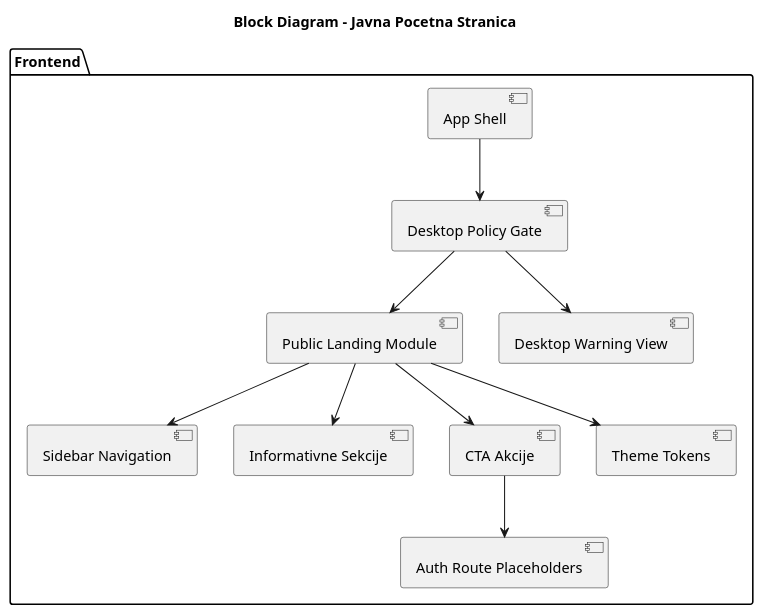
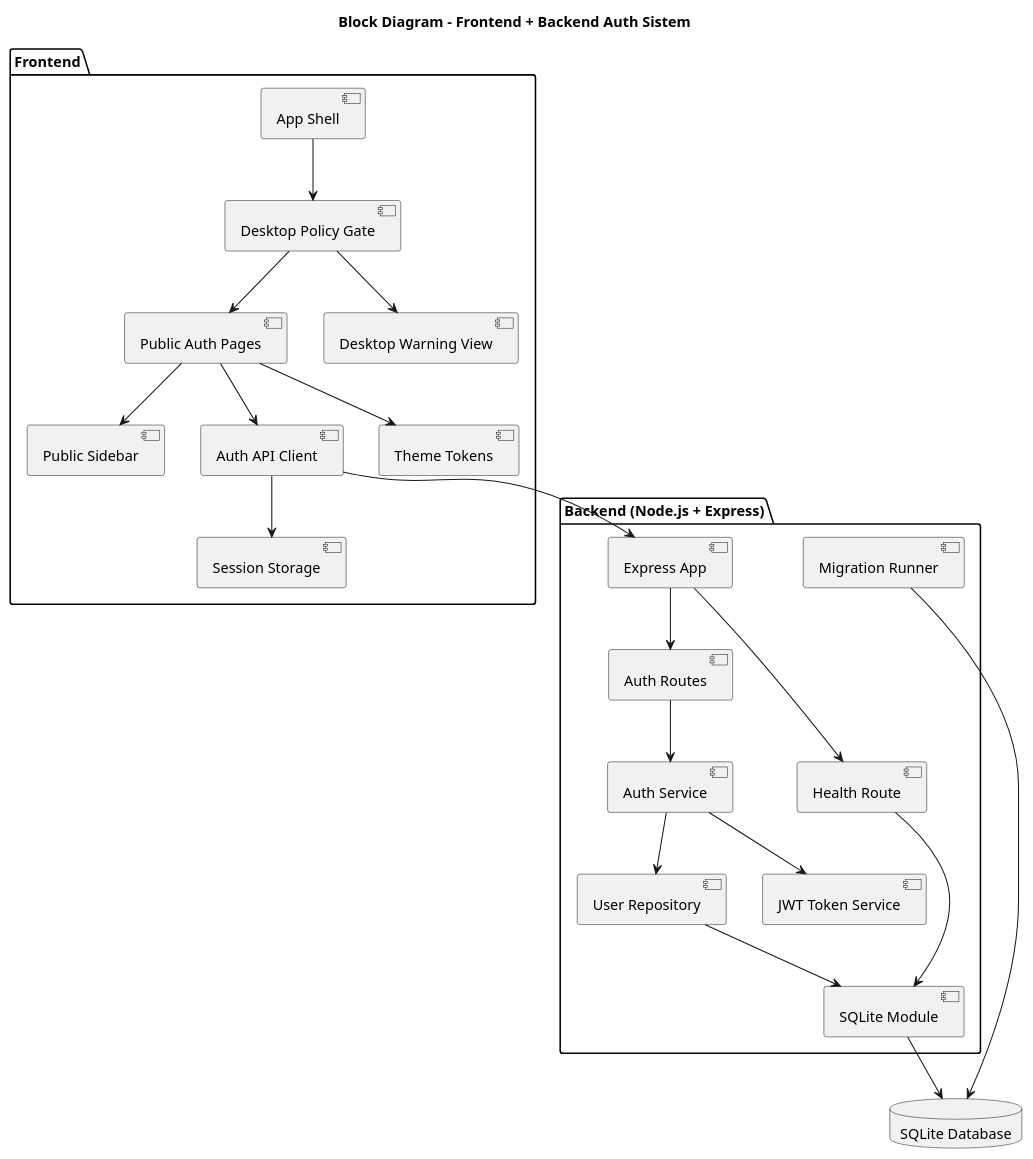
Before and after one commit to bagi002/INSPEKTOR: the diagram in Docs/architecture/block_diagram.puml, drawn with PlantUML. The commit also changed 45 other files, not shown here.

```diff
--- a/Docs/architecture/block_diagram.puml
+++ b/Docs/architecture/block_diagram.puml
@@ -1,24 +1,46 @@
 @startuml Block Diagram
-title Block Diagram - Javna Pocetna Stranica
+title Block Diagram - Frontend + Backend Auth Sistem
 
 package "Frontend" {
   [App Shell]
   [Desktop Policy Gate]
-  [Public Landing Module]
-  [Sidebar Navigation]
-  [Informativne Sekcije]
-  [CTA Akcije]
+  [Public Auth Pages]
+  [Public Sidebar]
+  [Auth API Client]
+  [Session Storage]
   [Desktop Warning View]
   [Theme Tokens]
-  [Auth Route Placeholders]
 }
 
+package "Backend (Node.js + Express)" {
+  [Express App]
+  [Auth Routes]
+  [Auth Service]
+  [JWT Token Service]
+  [User Repository]
+  [SQLite Module]
+  [Migration Runner]
+  [Health Route]
+}
+
+database "SQLite Database" as Db
+
 [App Shell] --> [Desktop Policy Gate]
-[Desktop Policy Gate] --> [Public Landing Module]
+[Desktop Policy Gate] --> [Public Auth Pages]
 [Desktop Policy Gate] --> [Desktop Warning View]
-[Public Landing Module] --> [Sidebar Navigation]
-[Public Landing Module] --> [Informativne Sekcije]
-[Public Landing Module] --> [CTA Akcije]
-[Public Landing Module] --> [Theme Tokens]
-[CTA Akcije] --> [Auth Route Placeholders]
+[Public Auth Pages] --> [Public Sidebar]
+[Public Auth Pages] --> [Auth API Client]
+[Public Auth Pages] --> [Theme Tokens]
+[Auth API Client] --> [Session Storage]
+
+[Auth API Client] --> [Express App]
+[Express App] --> [Auth Routes]
+[Express App] --> [Health Route]
+[Auth Routes] --> [Auth Service]
+[Auth Service] --> [JWT Token Service]
+[Auth Service] --> [User Repository]
+[User Repository] --> [SQLite Module]
+[SQLite Module] --> Db
+[Migration Runner] --> Db
+[Health Route] --> [SQLite Module]
 @enduml
```
